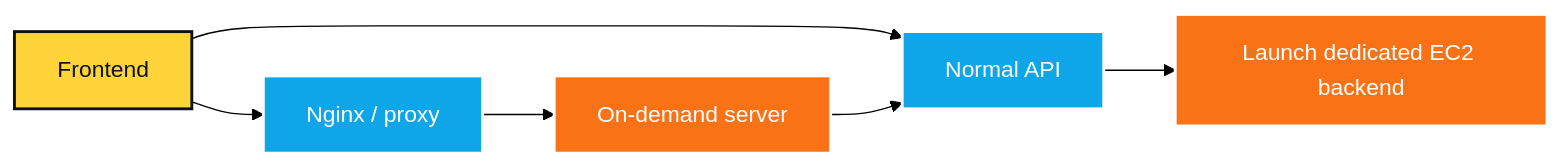
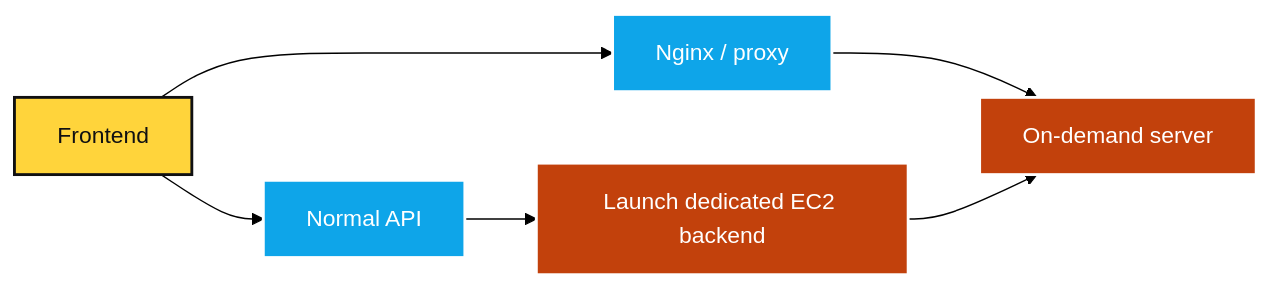
Before and after one commit to susmitpy/talks: the tenth of 12 diagrams in backend_data_science_ai.md, drawn with Mermaid (forest theme). The commit also changed other lines of this file and 2 other files, not shown here.

````diff
--- a/backend_data_science_ai.md
+++ b/backend_data_science_ai.md
@@ -1460,15 +1436,15 @@
 ```mermaid
 flowchart LR
     F[Frontend] --> API[Normal API]
     API --> Launch[Launch dedicated EC2 backend]
     F --> Proxy[Nginx / proxy]
     Proxy --> OD[On-demand server]
-    OD --> API
+    Launch --> OD
 
     classDef yellow fill:#FFD43B,stroke:#101012,stroke-width:2px,color:#101012;
     classDef blue fill:#0EA5E9,stroke:#FFFFFF,stroke-width:2px,color:#FFFFFF;
-    classDef orange fill:#F97316,stroke:#FFFFFF,stroke-width:2px,color:#FFFFFF;
+    classDef orange fill:#C2410C,stroke:#FFFFFF,stroke-width:2px,color:#FFFFFF;
     class F yellow;
     class API,Proxy blue;
     class Launch,OD orange;
 ```
````
